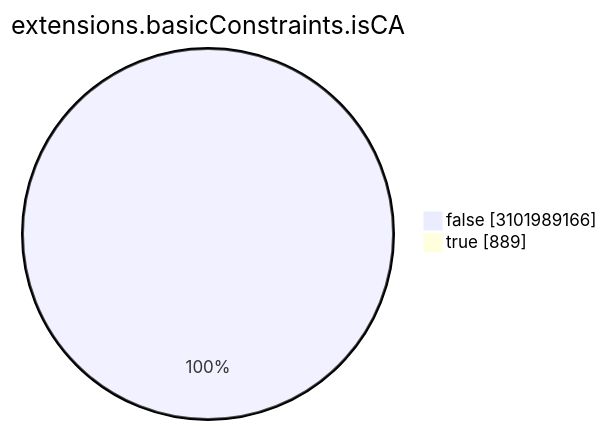
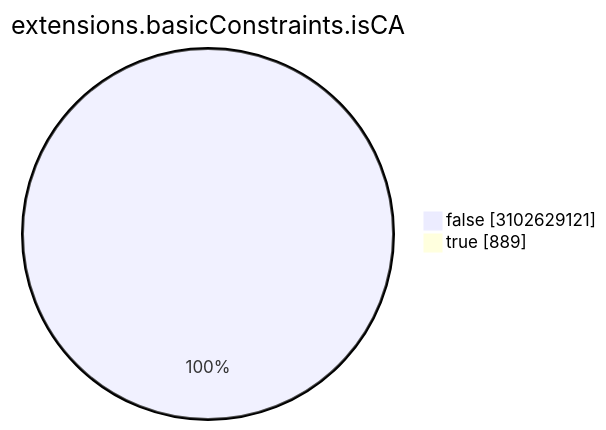
The seventh of 15 diagrams in TOTAL/README.md (christiankrug/ctmonitor_visualization), drawn with Mermaid before and after one commit. The commit also changed other lines of this file, not shown here.

````diff
--- a/TOTAL/README.md
+++ b/TOTAL/README.md
@@ -3088,6 +3088,6 @@
 ```mermaid
 pie showData
 title extensions.basicConstraints.isCA
-"false" :3101989166
+"false" :3102629121
 "true" :889
 ```
````
